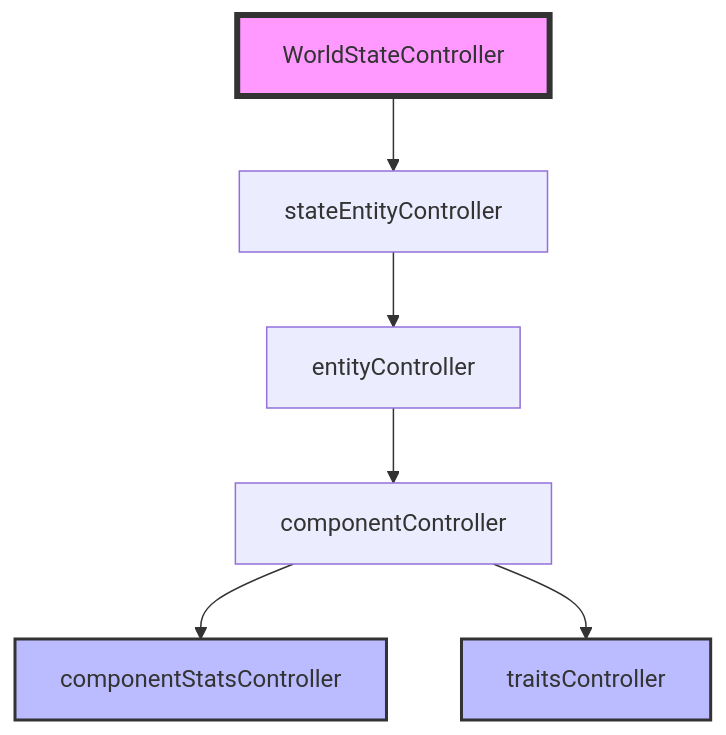
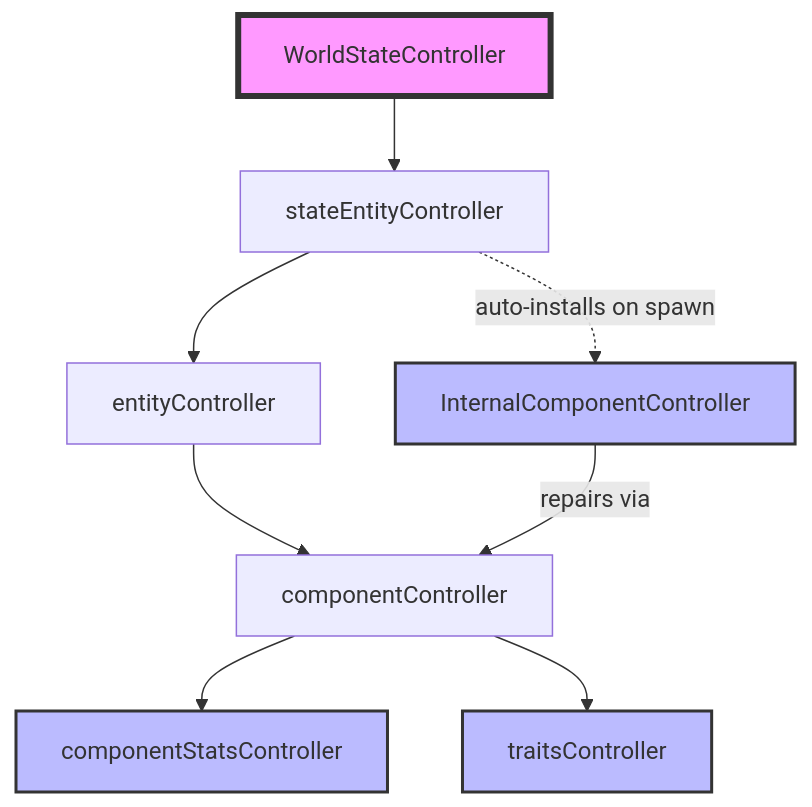
One commit to Rhuan-P-Dev/slopSimulacrum changed the diagram in wiki/subMDs/system_map.md. Above: the diagram before and after it, drawn with Mermaid. The commit also changed other lines of this file and 36 other files, not shown here.

First line of the commit message:
feat: introduce internal components system and add volume to component traits

````diff
--- a/wiki/subMDs/system_map.md
+++ b/wiki/subMDs/system_map.md
@@ -6,12 +6,18 @@
 ```mermaid
 graph TD
     WSC[WorldStateController] --> SEC[stateEntityController]
     SEC --> EC[entityController]
     EC --> CC[componentController]
     CC --> CSC[componentStatsController]
     CC --> TC[traitsController]
     
+    %% Internal Components (State Controller — self-instantiating)
+    ICE[InternalComponentController]
+    SEC -.->|auto-installs on spawn| ICE
+    ICE -->|repairs via| CC
+    
     style WSC fill:#f9f,stroke:#333,stroke-width:4px
     style CSC fill:#bbf,stroke:#333,stroke-width:2px
     style TC fill:#bbf,stroke:#333,stroke-width:2px
+    style ICE fill:#bbf,stroke:#333,stroke-width:2px
 ```
````
